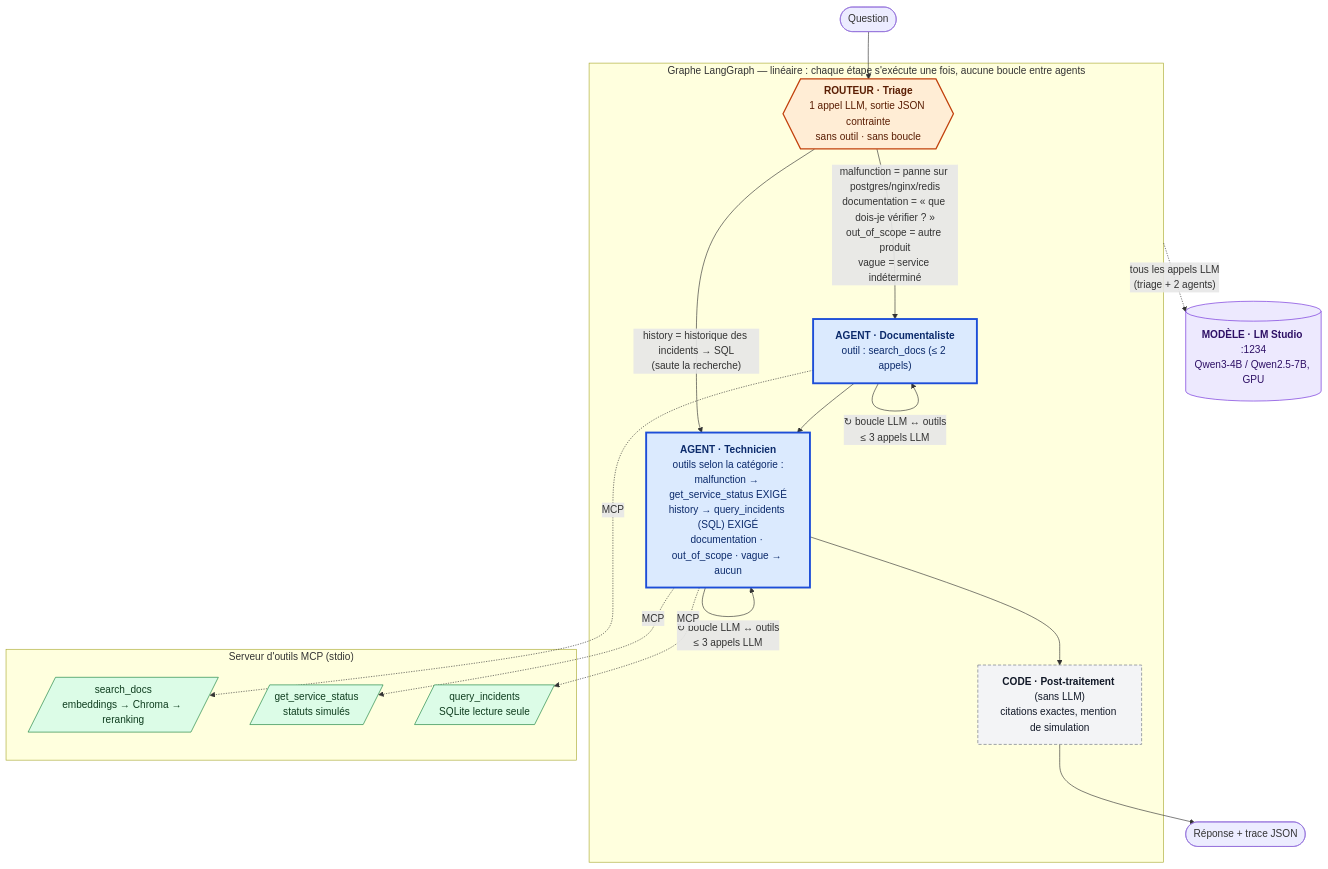
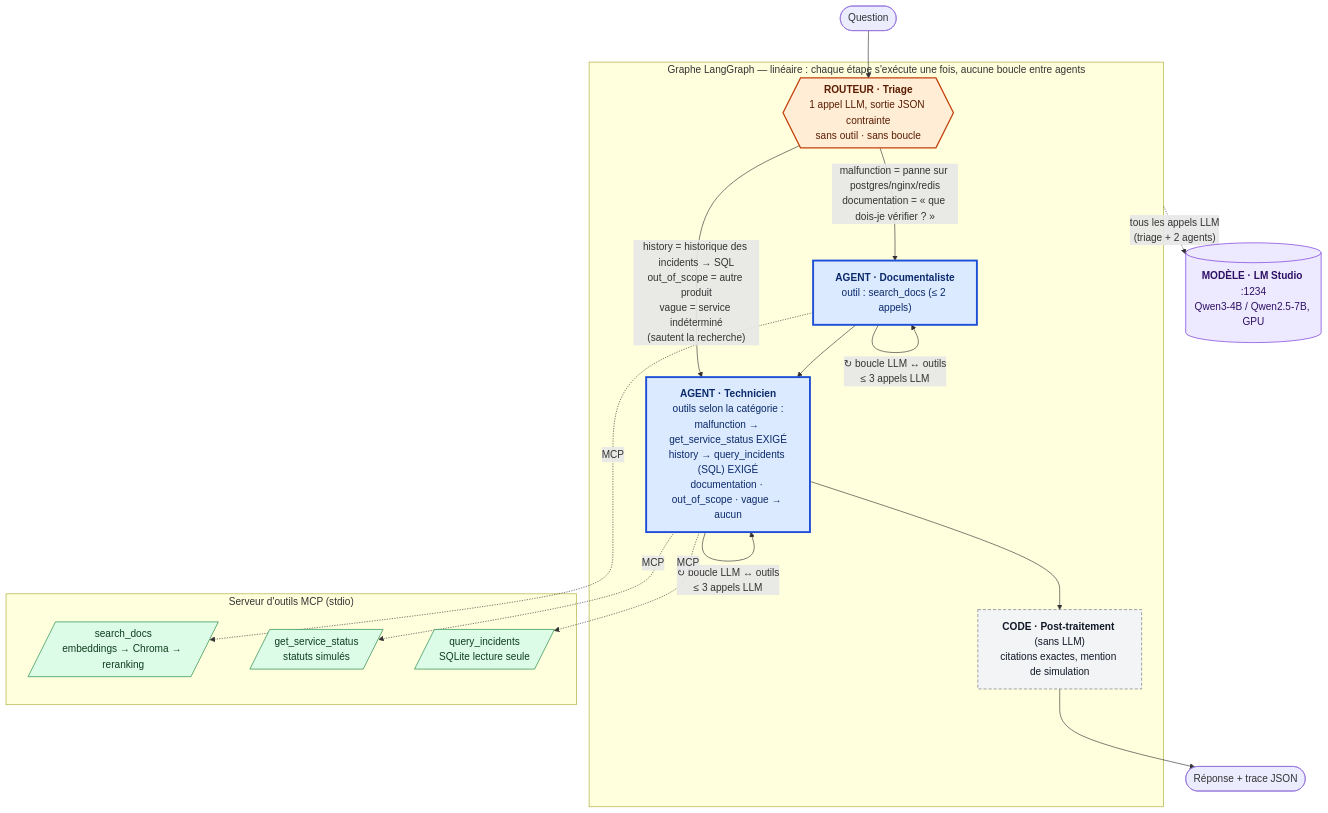
The first of 2 diagrams in docs/DESIGN_DECISIONS.md (StephaneHe/HelloSupport), drawn with Mermaid before and after one commit. The commit also changed other lines of this file and 20 other files, not shown here.

First line of the commit message:
Route out_of_scope and vague questions straight to the technician (v1.10.0)

````diff
--- a/docs/DESIGN_DECISIONS.md
+++ b/docs/DESIGN_DECISIONS.md
@@ -27,40 +27,40 @@
 ```mermaid
 flowchart TB
     Q(["Question"]) --> T
 
     subgraph G["Graphe LangGraph — linéaire : chaque étape s'exécute une fois, aucune boucle entre agents"]
         T{{"<b>ROUTEUR · Triage</b><br/>1 appel LLM, sortie JSON contrainte<br/>sans outil · sans boucle"}}
-        T -->|"malfunction = panne sur postgres/nginx/redis<br/>documentation = « que dois-je vérifier ? »<br/>out_of_scope = autre produit<br/>vague = service indéterminé"| D
-        T -->|"history = historique des incidents → SQL<br/>(saute la recherche)"| TE
+        T -->|"malfunction = panne sur postgres/nginx/redis<br/>documentation = « que dois-je vérifier ? »"| D
+        T -->|"history = historique des incidents → SQL<br/>out_of_scope = autre produit<br/>vague = service indéterminé<br/>(sautent la recherche)"| TE
         D["<b>AGENT · Documentaliste</b><br/>outil : search_docs (≤ 2 appels)"]
         D -->|"↻ boucle LLM ↔ outils<br/>≤ 3 appels LLM"| D
         D --> TE
         TE["<b>AGENT · Technicien</b><br/>outils selon la catégorie :<br/>malfunction → get_service_status EXIGÉ<br/>history → query_incidents (SQL) EXIGÉ<br/>documentation · out_of_scope · vague → aucun"]
         TE -->|"↻ boucle LLM ↔ outils<br/>≤ 3 appels LLM"| TE
         TE --> P["<b>CODE · Post-traitement</b> (sans LLM)<br/>citations exactes, mention de simulation"]
     end
     P --> A(["Réponse + trace JSON"])
 
     subgraph MCP["Serveur d'outils MCP (stdio)"]
         S1[/"search_docs<br/>embeddings → Chroma → reranking"/]
         S2[/"get_service_status<br/>statuts simulés"/]
         S3[/"query_incidents<br/>SQLite lecture seule"/]
     end
     D -. "MCP" .-> S1
     TE -. "MCP" .-> S2
     TE -. "MCP" .-> S3
 
     LLM[("<b>MODÈLE · LM Studio</b> :1234<br/>Qwen3-4B / Qwen2.5-7B, GPU")]
     G -. "tous les appels LLM<br/>(triage + 2 agents)" .-> LLM
 
     classDef agent fill:#dbeafe,stroke:#1d4ed8,stroke-width:3px,color:#0b2a6b
     classDef router fill:#ffedd5,stroke:#c2410c,stroke-width:2px,color:#5a1d03
     classDef code fill:#f3f4f6,stroke:#6b7280,stroke-width:1px,stroke-dasharray:5 3,color:#111827
     classDef tool fill:#dcfce7,stroke:#15803d,color:#0f3d1f
     classDef model fill:#ede9fe,stroke:#6d28d9,color:#2e1065
     class D,TE agent
     class T router
     class P code
     class S1,S2,S3 tool
     class LLM model
 ```
````
